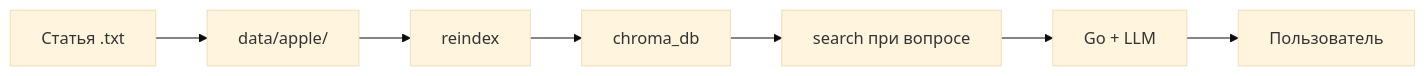
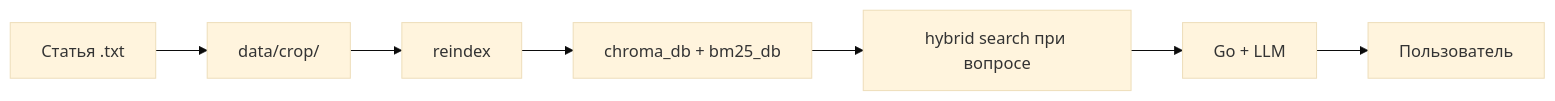
One commit to kantik001/grounded_horticulture_en changed the diagram in docs/knowledge-base/data-pipeline.md. Above: the diagram before and after it, drawn with Mermaid (base theme). The commit also changed other lines of this file and 126 other files, not shown here.

````diff
--- a/docs/knowledge-base/data-pipeline.md
+++ b/docs/knowledge-base/data-pipeline.md
@@ -21,9 +21,9 @@
 ```mermaid
 flowchart LR
-    A[Статья .txt] --> B[data/apple/]
+    A[Статья .txt] --> B[data/crop/]
     B --> C[reindex]
-    C --> D[chroma_db]
-    D --> E[search при вопросе]
+    C --> D[chroma_db + bm25_db]
+    D --> E[hybrid search при вопросе]
     E --> F[Go + LLM]
     F --> G[Пользователь]
 ```
````
